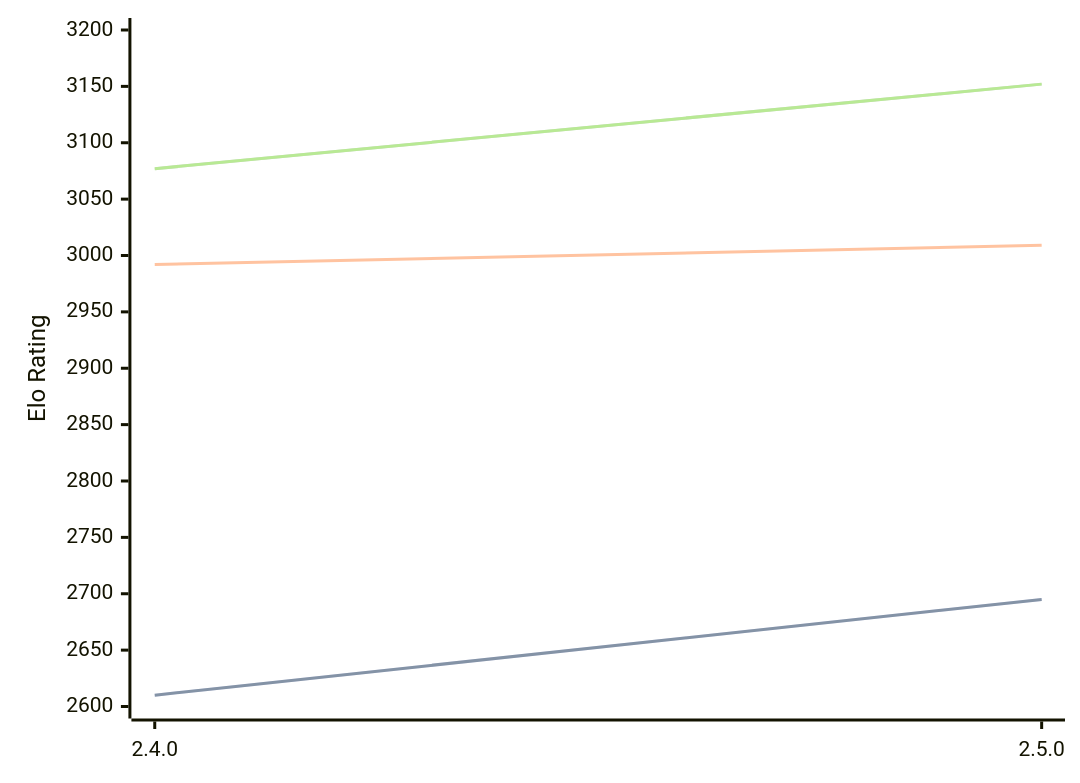
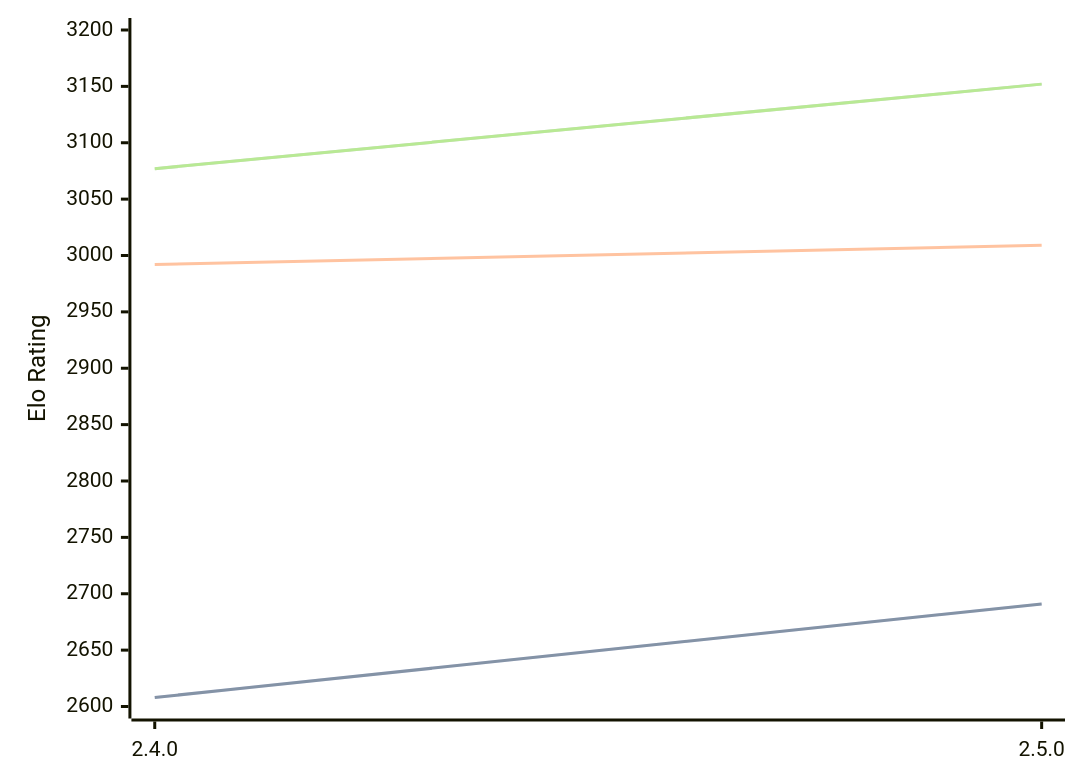
Before and after one commit to computer-chess-index/cci: the third of 3 diagrams in engines/Sturddle2.md, drawn with Mermaid. The commit also changed other lines of this file, not shown here.

````diff
--- a/engines/Sturddle2.md
+++ b/engines/Sturddle2.md
@@ -70,11 +70,11 @@
 ```mermaid
 %%{init: {"theme":"base","themeVariables":{"seriesColors:['#a3a3a3','#222221','#faa371']}}}%%
 xychart-beta
   x-axis ["2.4.0", "2.5.0"]
   y-axis "Elo Rating" 2600 --> 3200
-  line "STC (8.0+0.08s)" [2610, 2695]
-  line "STC (8.0+0.08s)" [2610, 2695]
+  line "STC (8.0+0.08s)" [2608, 2691]
+  line "STC (8.0+0.08s)" [2608, 2691]
   line "LTC (60.0+0.60s)" [2992, 3009]
   line "VLTC (2m24s+1.12s)" [3077, 3152]
   line "VLTC (2m24s+1.12s)" [3077, 3152]
 ```
````
